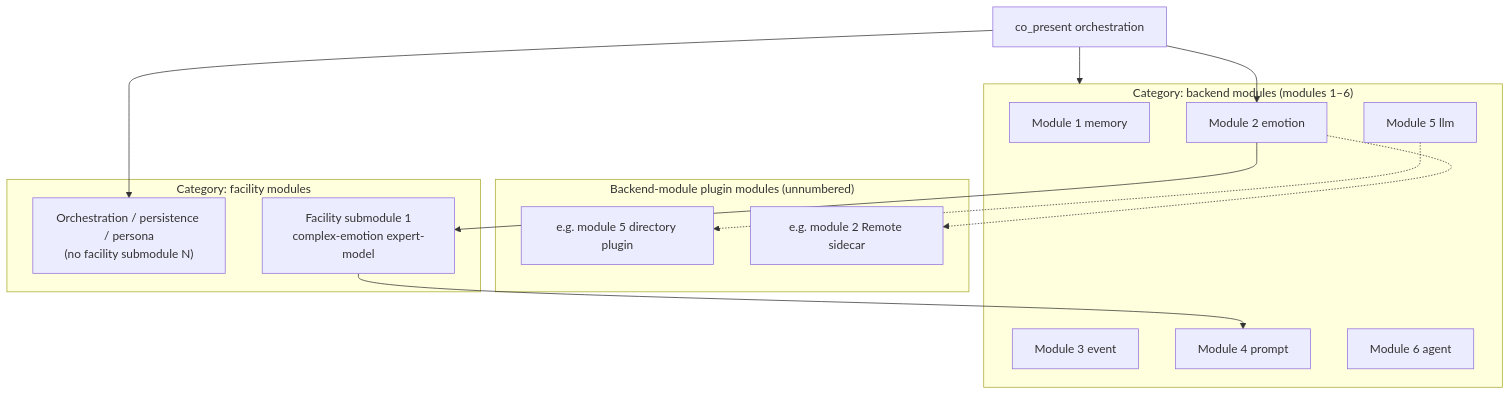
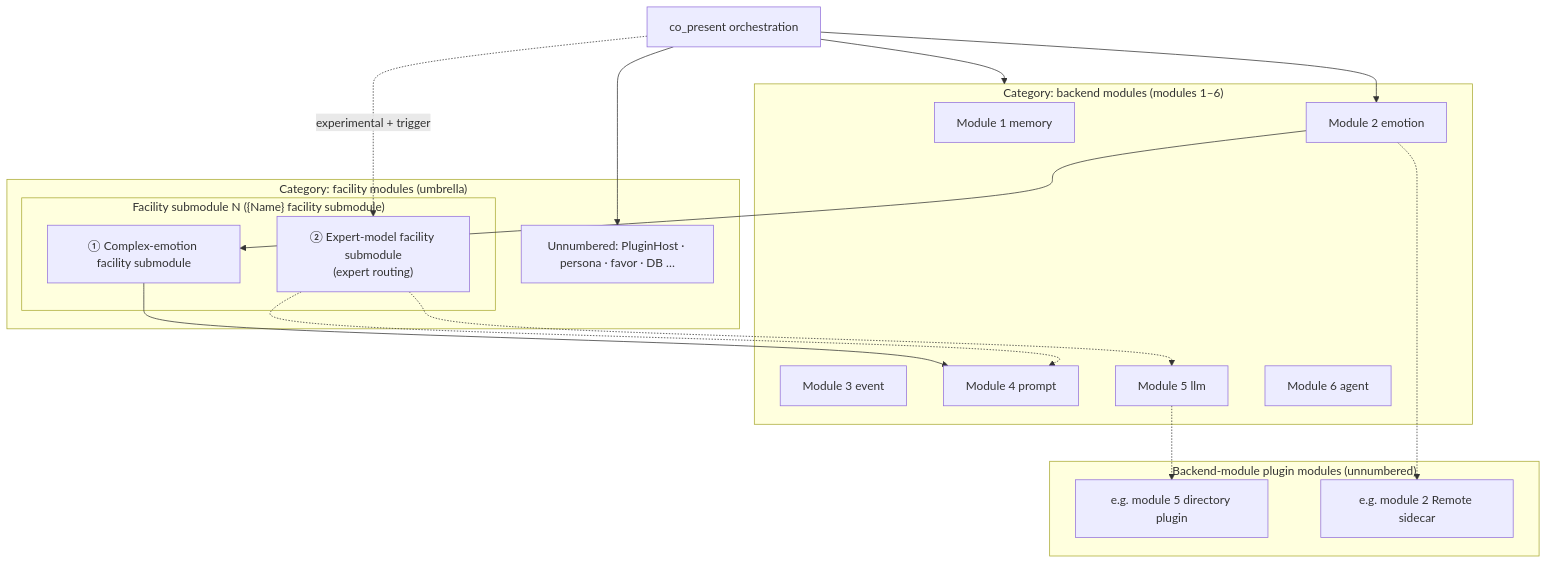
The diagram in creator-docs-en/getting-started/OCLIVE_ARCHITECTURE_OVERVIEW.md (linkaiheng2233-cyber/oclivenewnew), drawn with Mermaid before and after one commit. The commit also changed other lines of this file and 19 other files, not shown here.

Commit message:
docs(arch): align facility submodule naming (expert-model vs complex-emotion)

````diff
--- a/creator-docs-en/getting-started/OCLIVE_ARCHITECTURE_OVERVIEW.md
+++ b/creator-docs-en/getting-started/OCLIVE_ARCHITECTURE_OVERVIEW.md
@@ -76,31 +80,36 @@
 ```mermaid
 flowchart TB
   ORCH["co_present orchestration"]
 
   subgraph back["Category: backend modules (modules 1–6)"]
     M1["Module 1 memory"]
     M2["Module 2 emotion"]
     M3["Module 3 event"]
     M4["Module 4 prompt"]
     M5["Module 5 llm"]
     M6["Module 6 agent"]
   end
 
   subgraph plug["Backend-module plugin modules (unnumbered)"]
     P5["e.g. module 5 directory plugin"]
     P2["e.g. module 2 Remote sidecar"]
   end
 
-  subgraph fac["Category: facility modules"]
-    F0["Orchestration / persistence / persona<br/>(no facility submodule N)"]
-    F1["Facility submodule 1<br/>complex-emotion expert-model"]
+  subgraph fac["Category: facility modules (umbrella)"]
+    F0["Unnumbered: PluginHost · persona · favor · DB …"]
+    subgraph sub["Facility submodule N ({Name} facility submodule)"]
+      F1["① Complex-emotion facility submodule"]
+      F2["② Expert-model facility submodule<br/>(expert routing)"]
+    end
   end
 
   ORCH --> M2
   M2 --> F1
   F1 --> M4
+  ORCH -.->|experimental + trigger| F2
+  F2 -.-> M4 & M5
   ORCH --> back
   M5 -.-> P5
   M2 -.-> P2
   ORCH --> F0
 ```
````
